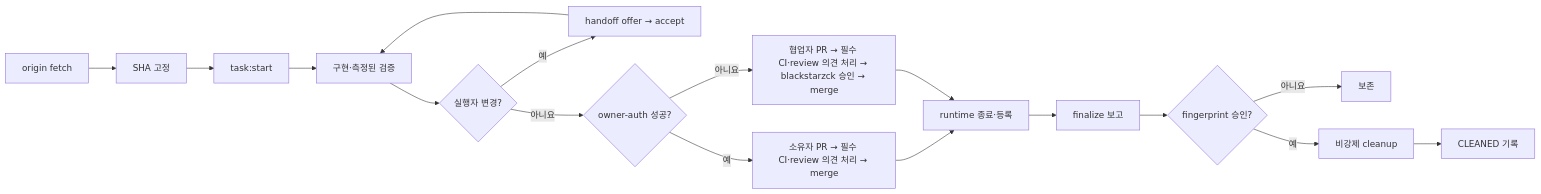
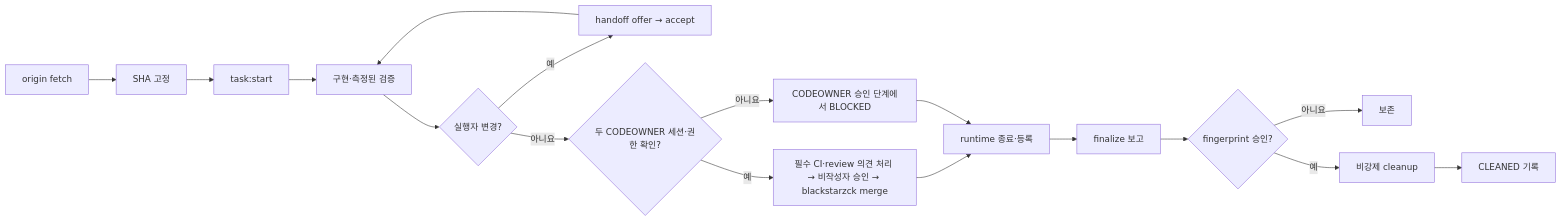
One commit to blackstarzck/topik-project-v13 changed the first of 2 diagrams in docs/operations/ai-development-pipeline.md. Above: the diagram before and after it, drawn with Mermaid. The commit also changed other lines of this file and 3 other files, not shown here.

First line of the commit message:
chore(github): establish shared code owner flow

````diff
--- a/docs/operations/ai-development-pipeline.md
+++ b/docs/operations/ai-development-pipeline.md
@@ -33,19 +33,19 @@
 ```mermaid
 flowchart LR
   A["origin fetch"] --> B["SHA 고정"]
   B --> C["task:start"]
   C --> D["구현·측정된 검증"]
   D --> E{"실행자 변경?"}
   E -- 예 --> F["handoff offer → accept"]
   F --> D
-  E -- 아니요 --> N{"owner-auth 성공?"}
-  N -- 예 --> O["소유자 PR → 필수 CI·review 의견 처리 → merge"]
-  N -- 아니요 --> P["협업자 PR → 필수 CI·review 의견 처리 → blackstarzck 승인 → merge"]
+  E -- 아니요 --> N{"두 CODEOWNER 세션·권한 확인?"}
+  N -- 예 --> O["필수 CI·review 의견 처리 → 비작성자 승인 → blackstarzck merge"]
+  N -- 아니요 --> P["CODEOWNER 승인 단계에서 BLOCKED"]
   O --> H["runtime 종료·등록"]
   P --> H
   H --> I["finalize 보고"]
   I --> J{"fingerprint 승인?"}
   J -- 아니요 --> K["보존"]
   J -- 예 --> L["비강제 cleanup"]
   L --> M["CLEANED 기록"]
 ```
````
